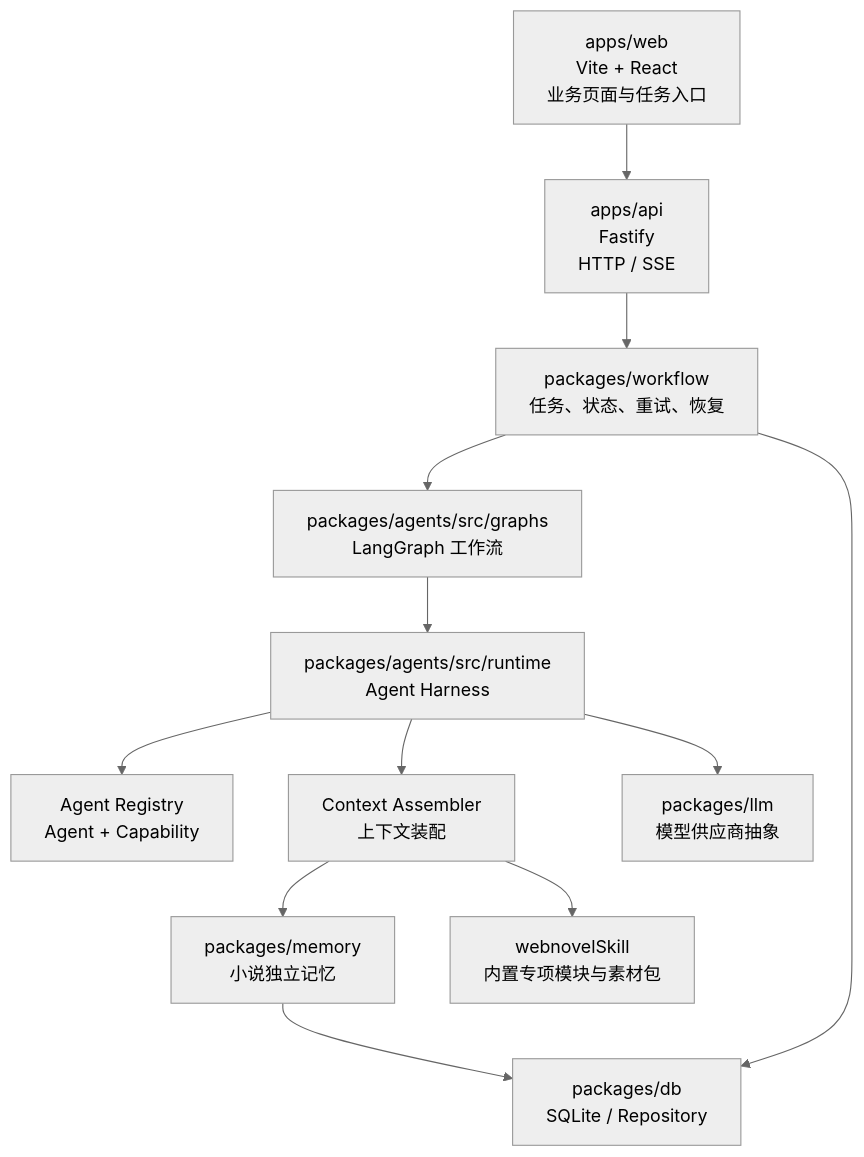
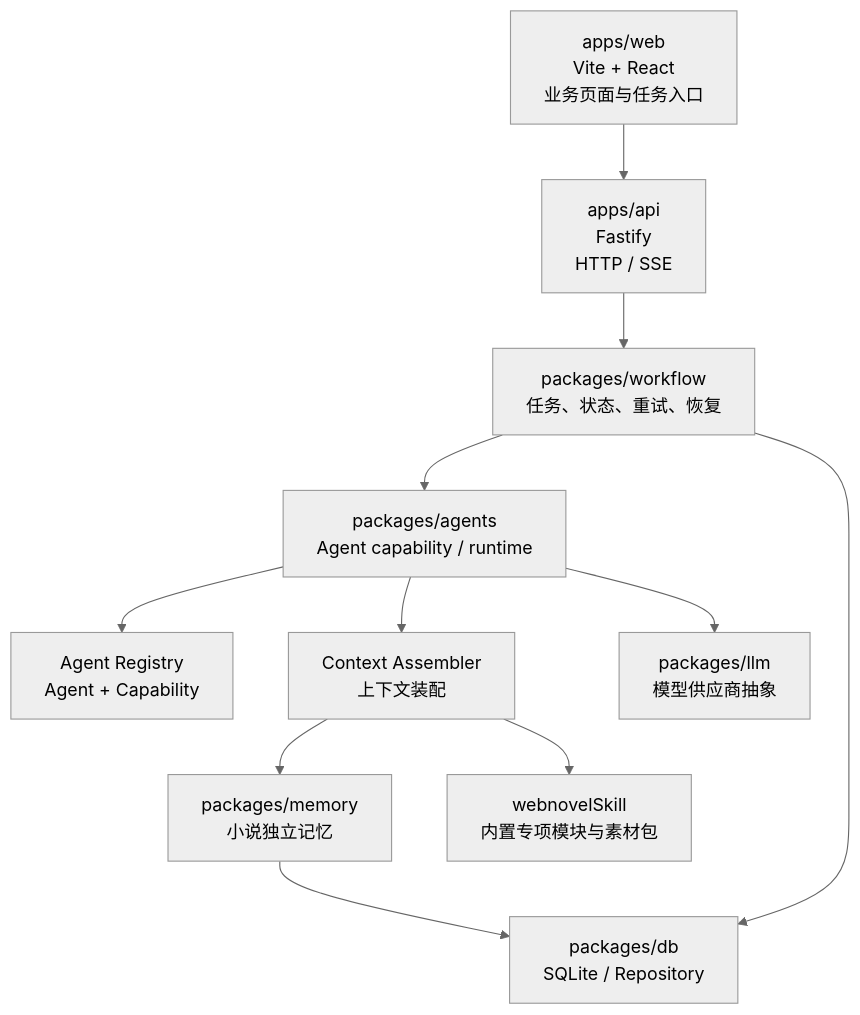
The diagram in docs/architecture/system-architecture.md (Misxiao/AI-novel-agents), drawn with Mermaid (neutral theme) before and after one commit. The commit also changed other lines of this file and 87 other files, not shown here.

````diff
--- a/docs/architecture/system-architecture.md
+++ b/docs/architecture/system-architecture.md
@@ -17,14 +17,13 @@
 ```mermaid
 flowchart TD
   Web["apps/web\nVite + React\n业务页面与任务入口"] --> API["apps/api\nFastify\nHTTP / SSE"]
   API --> Workflow["packages/workflow\n任务、状态、重试、恢复"]
-  Workflow --> Graphs["packages/agents/src/graphs\nLangGraph 工作流"]
-  Graphs --> Runtime["packages/agents/src/runtime\nAgent Harness"]
+  Workflow --> Runtime["packages/agents\nAgent capability / runtime"]
   Runtime --> Registry["Agent Registry\nAgent + Capability"]
   Runtime --> Context["Context Assembler\n上下文装配"]
   Context --> Memory["packages/memory\n小说独立记忆"]
   Context --> Resources["webnovelSkill\n内置专项模块与素材包"]
   Runtime --> LLM["packages/llm\n模型供应商抽象"]
   Workflow --> DB["packages/db\nSQLite / Repository"]
   Memory --> DB
 ```
````
